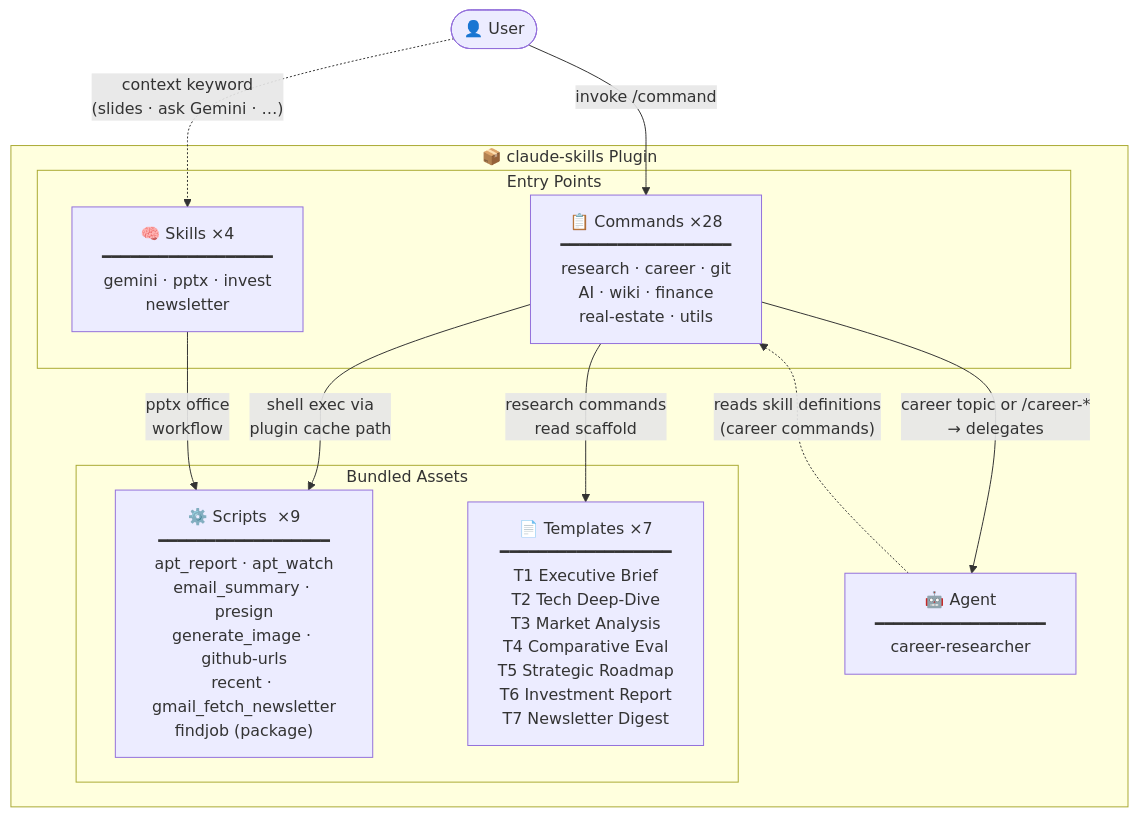
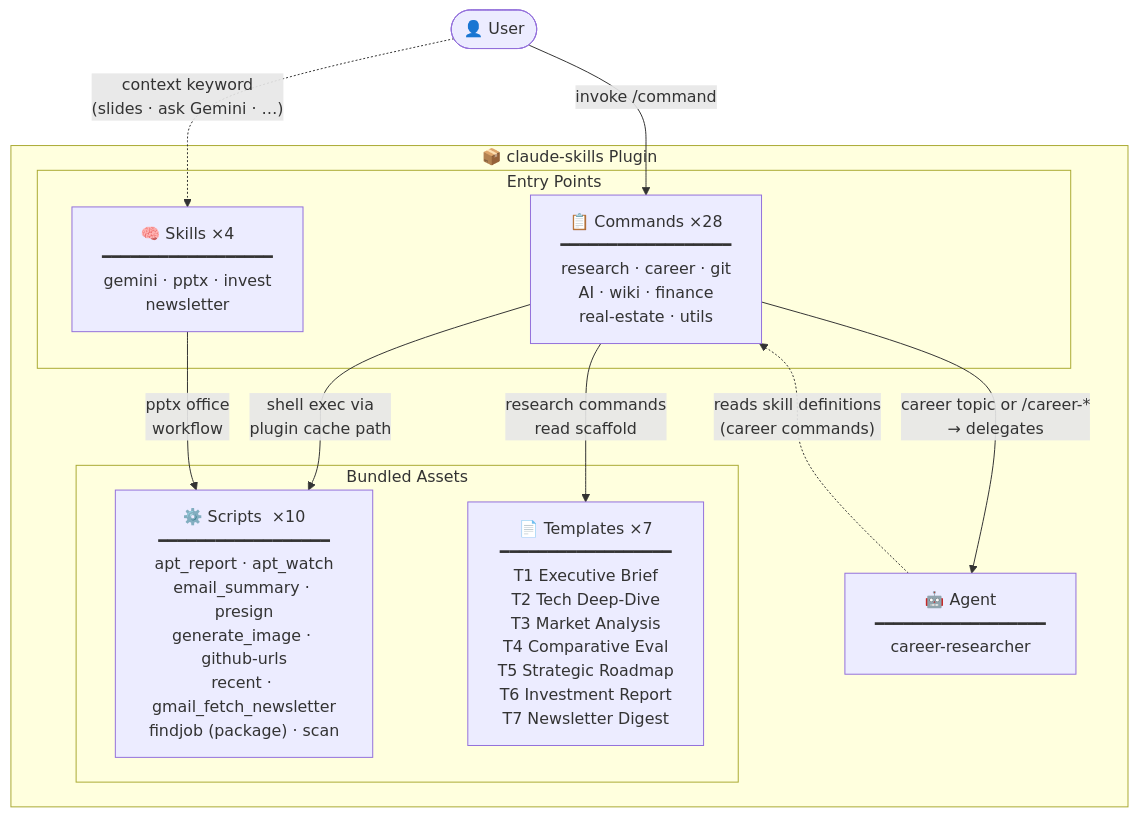
The diagram in README.md (liks79/claude-skills), drawn with Mermaid before and after one commit. The commit also changed other lines of this file, not shown here.

````diff
--- a/README.md
+++ b/README.md
@@ -14,27 +14,27 @@
 ```mermaid
 flowchart TD
     User(["👤 User"])
 
     subgraph Plugin["📦  claude-skills  Plugin"]
         subgraph Entry["Entry Points"]
             CMDS["📋 Commands  ×28\n━━━━━━━━━━━━━━━━━━\nresearch · career · git\nAI · wiki · finance\nreal-estate · utils"]
             SKILLS["🧠 Skills  ×4\n━━━━━━━━━━━━━━━━━━\ngemini  ·  pptx  ·  invest\nnewsletter"]
         end
 
         AGENT["🤖 Agent\n━━━━━━━━━━━━━━━━━━\ncareer-researcher"]
 
         subgraph Assets["Bundled Assets"]
-            SCRIPTS["⚙️ Scripts  ×9\n━━━━━━━━━━━━━━━━━━\napt_report · apt_watch\nemail_summary · presign\ngenerate_image · github-urls\nrecent · gmail_fetch_newsletter\nfindjob (package)"]
+            SCRIPTS["⚙️ Scripts  ×10\n━━━━━━━━━━━━━━━━━━\napt_report · apt_watch\nemail_summary · presign\ngenerate_image · github-urls\nrecent · gmail_fetch_newsletter\nfindjob (package) · scan"]
             TMPLS["📄 Templates  ×7\n━━━━━━━━━━━━━━━━━━\nT1 Executive Brief\nT2 Tech Deep-Dive\nT3 Market Analysis\nT4 Comparative Eval\nT5 Strategic Roadmap\nT6 Investment Report\nT7 Newsletter Digest"]
         end
     end
 
     User -->|"invoke /command"| CMDS
     User -. "context keyword\n(slides · ask Gemini · …)" .-> SKILLS
 
     CMDS -->|"career topic or /career-*\n→ delegates"| AGENT
     AGENT -. "reads skill definitions\n(career commands)" .-> CMDS
     CMDS -->|"shell exec via\nplugin cache path"| SCRIPTS
     CMDS -->|"research commands\nread scaffold"| TMPLS
     SKILLS -->|"pptx office\nworkflow"| SCRIPTS
 ```
````
